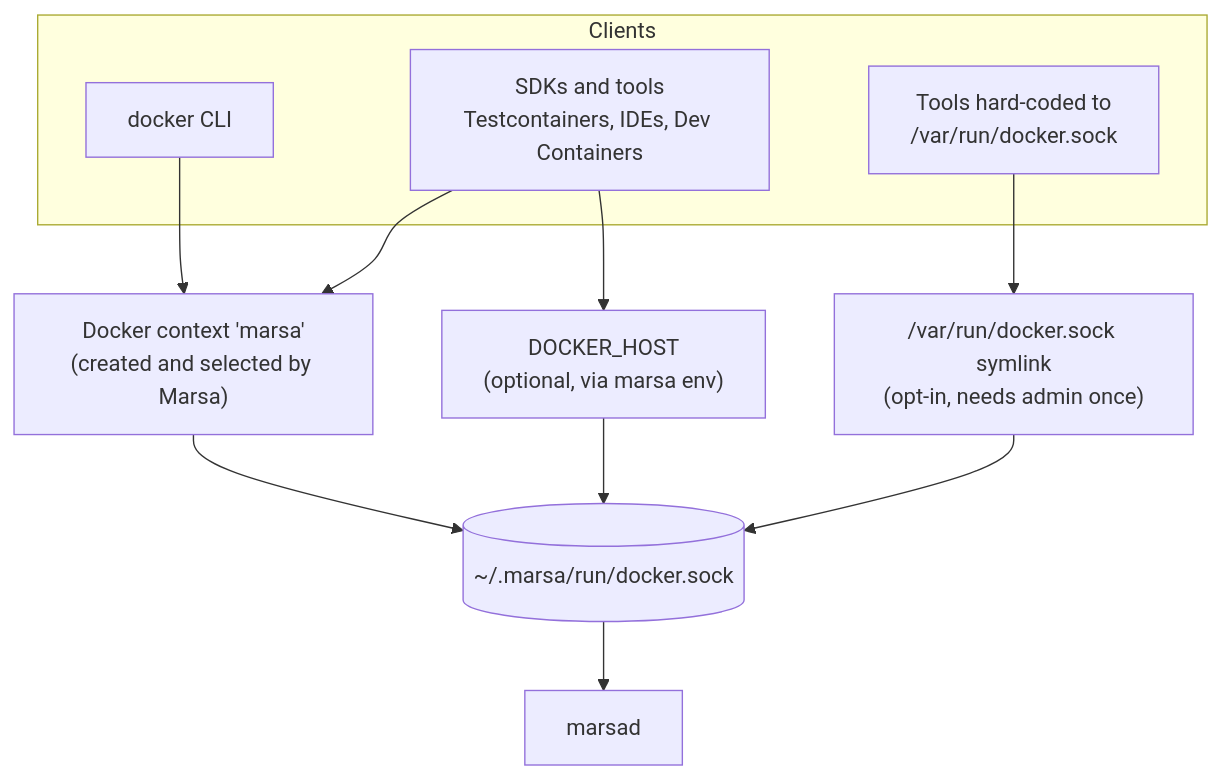
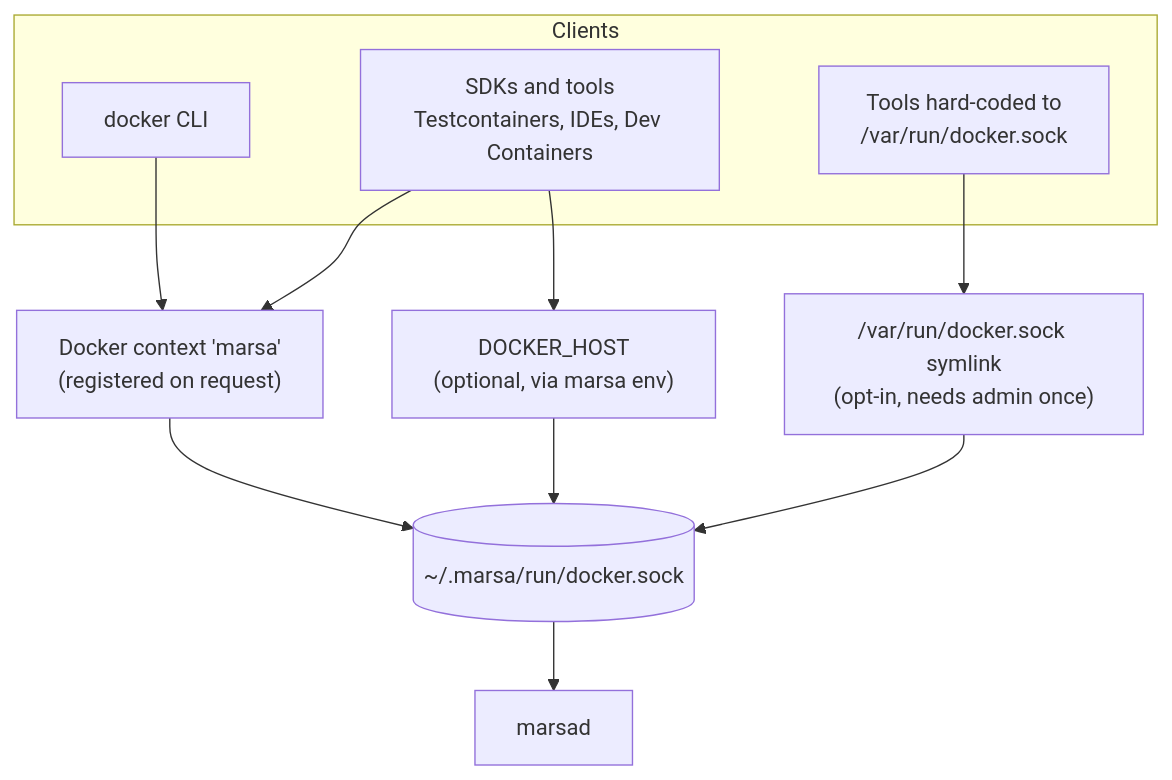
One commit to nasraldin/marsa changed the diagram in docs/09-cli-and-docker-compat.md. Above: the diagram before and after it, drawn with Mermaid. The commit also changed other lines of this file and 18 other files, not shown here.

````diff
--- a/docs/09-cli-and-docker-compat.md
+++ b/docs/09-cli-and-docker-compat.md
@@ -11,20 +11,20 @@
 ```mermaid
 flowchart TB
     subgraph clients["Clients"]
         dcli["docker CLI"]
         sdk["SDKs and tools<br/>Testcontainers, IDEs, Dev Containers"]
         legacy["Tools hard-coded to<br/>/var/run/docker.sock"]
     end
 
-    ctx["Docker context 'marsa'<br/>(created and selected by Marsa)"]
+    ctx["Docker context 'marsa'<br/>(registered on request)"]
     env["DOCKER_HOST<br/>(optional, via marsa env)"]
     link["/var/run/docker.sock symlink<br/>(opt-in, needs admin once)"]
     sock[("~/.marsa/run/docker.sock")]
     d["marsad"]
 
     dcli --> ctx --> sock
     sdk --> ctx
     sdk --> env --> sock
     legacy --> link --> sock
     sock --> d
 ```
````
